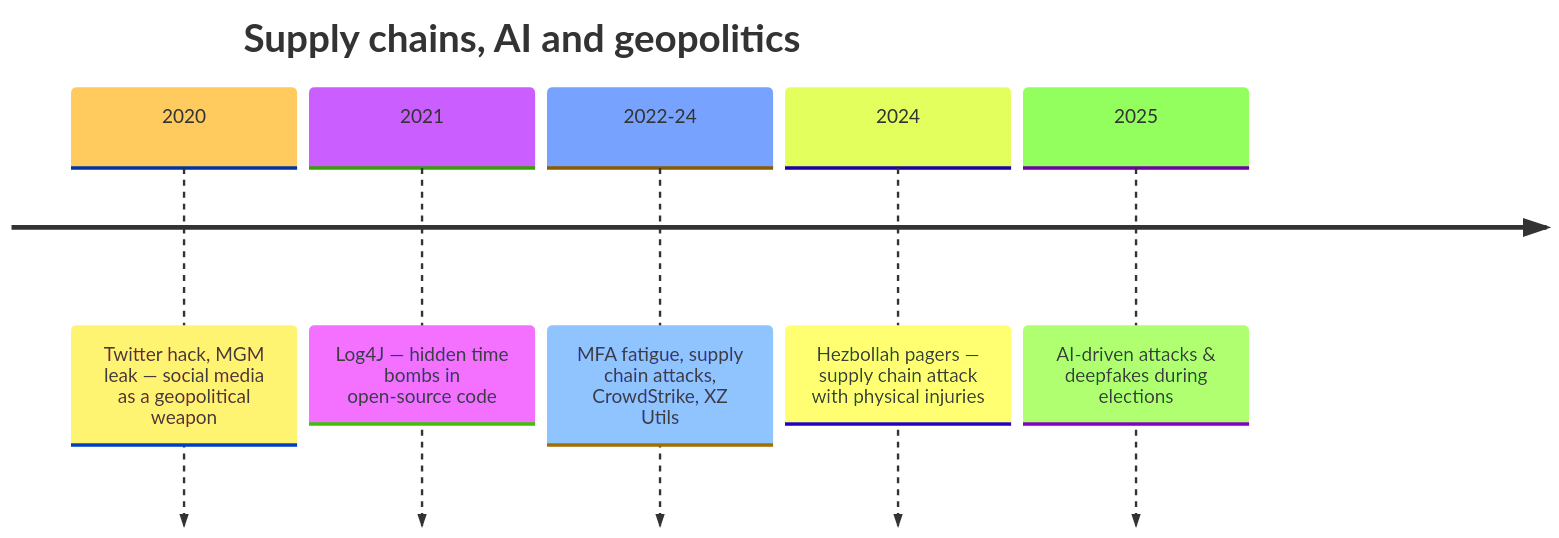
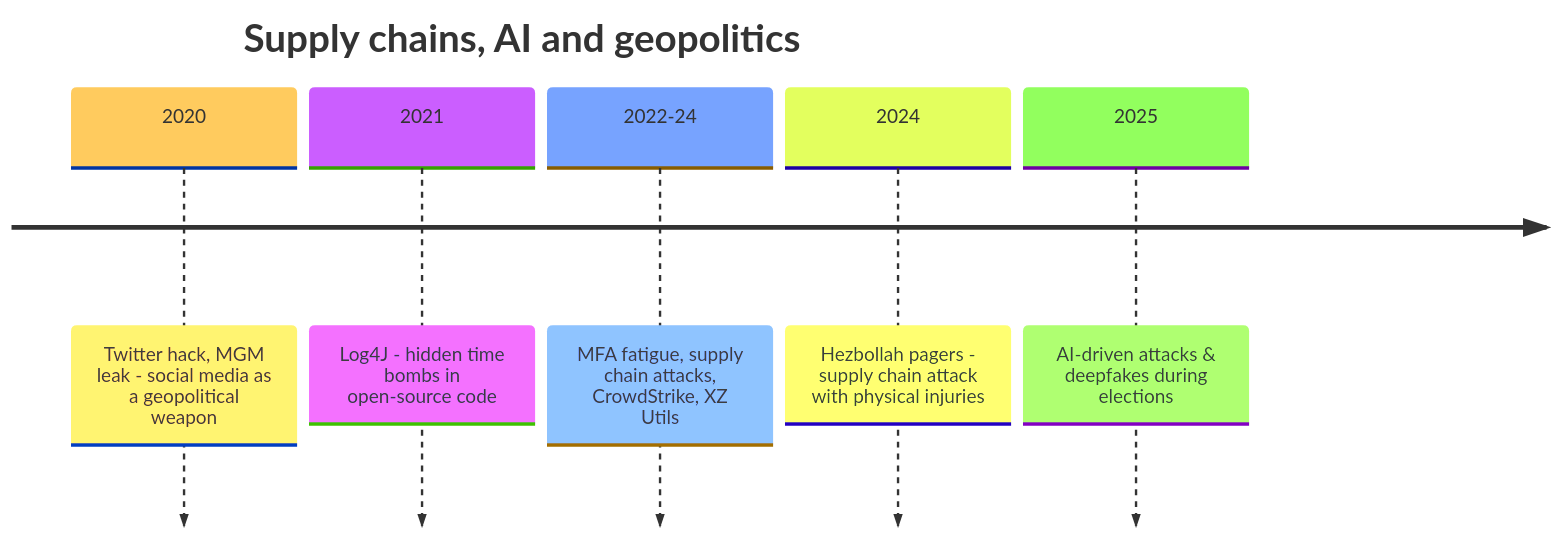
One commit to timdams/cyberboswachters_boek changed the third of 6 diagrams in cyberboswachters/slides/en/wordtheterger.qmd. Above: the diagram before and after it, drawn with Mermaid. The commit also changed other lines of this file and 20 other files, not shown here.

````diff
--- a/cyberboswachters/slides/en/wordtheterger.qmd
+++ b/cyberboswachters/slides/en/wordtheterger.qmd
@@ -70,10 +70,10 @@
 ```{mermaid}
 %%{init: {"theme": "base", "timeline": {"useMaxWidth": true}} }%%
 timeline
     title Supply chains, AI and geopolitics
-    2020 : Twitter hack, MGM leak — social media as a geopolitical weapon
-    2021 : Log4J — hidden time bombs in open-source code
+    2020 : Twitter hack, MGM leak - social media as a geopolitical weapon
+    2021 : Log4J - hidden time bombs in open-source code
     2022-24 : MFA fatigue, supply chain attacks, CrowdStrike, XZ Utils
-    2024 : Hezbollah pagers — supply chain attack with physical injuries
+    2024 : Hezbollah pagers - supply chain attack with physical injuries
     2025 : AI-driven attacks & deepfakes during elections
 ```
````
